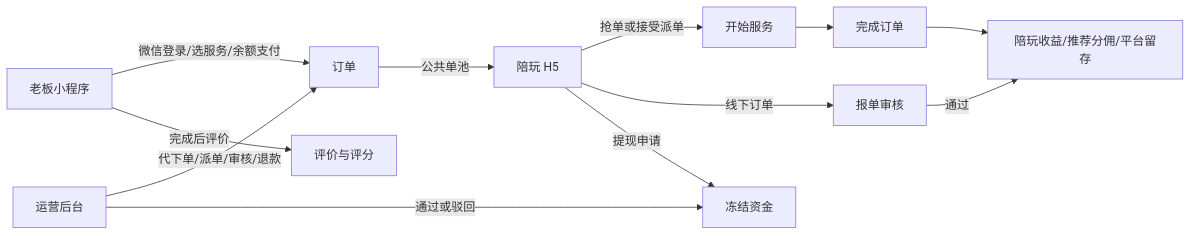
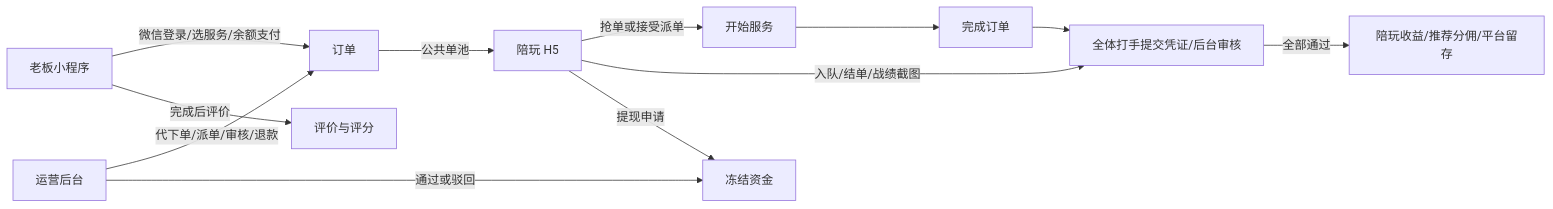
Before and after one commit to Ryuchen/XA: the diagram in docs/PRODUCT_DOCUMENTATION.md, drawn with Mermaid. The commit also changed other lines of this file and 1009 other files, not shown here.

````diff
--- a/docs/PRODUCT_DOCUMENTATION.md
+++ b/docs/PRODUCT_DOCUMENTATION.md
@@ -52,14 +54,14 @@
 ```mermaid
 flowchart LR
     B["老板小程序"] -->|微信登录/选服务/余额支付| O["订单"]
     A["运营后台"] -->|代下单/派单/审核/退款| O
     O -->|公共单池| P["陪玩 H5"]
     P -->|抢单或接受派单| S["开始服务"]
     S --> C["完成订单"]
-    C --> W["陪玩收益/推荐分佣/平台留存"]
+    C --> R["全体打手提交凭证/后台审核"]
     B -->|完成后评价| E["评价与评分"]
-    P -->|线下订单| R["报单审核"]
-    R -->|通过| W
+    P -->|入队/结单/战绩截图| R
+    R -->|全部通过| W["陪玩收益/推荐分佣/平台留存"]
     P -->|提现申请| X["冻结资金"]
     A -->|通过或驳回| X
 ```
````
